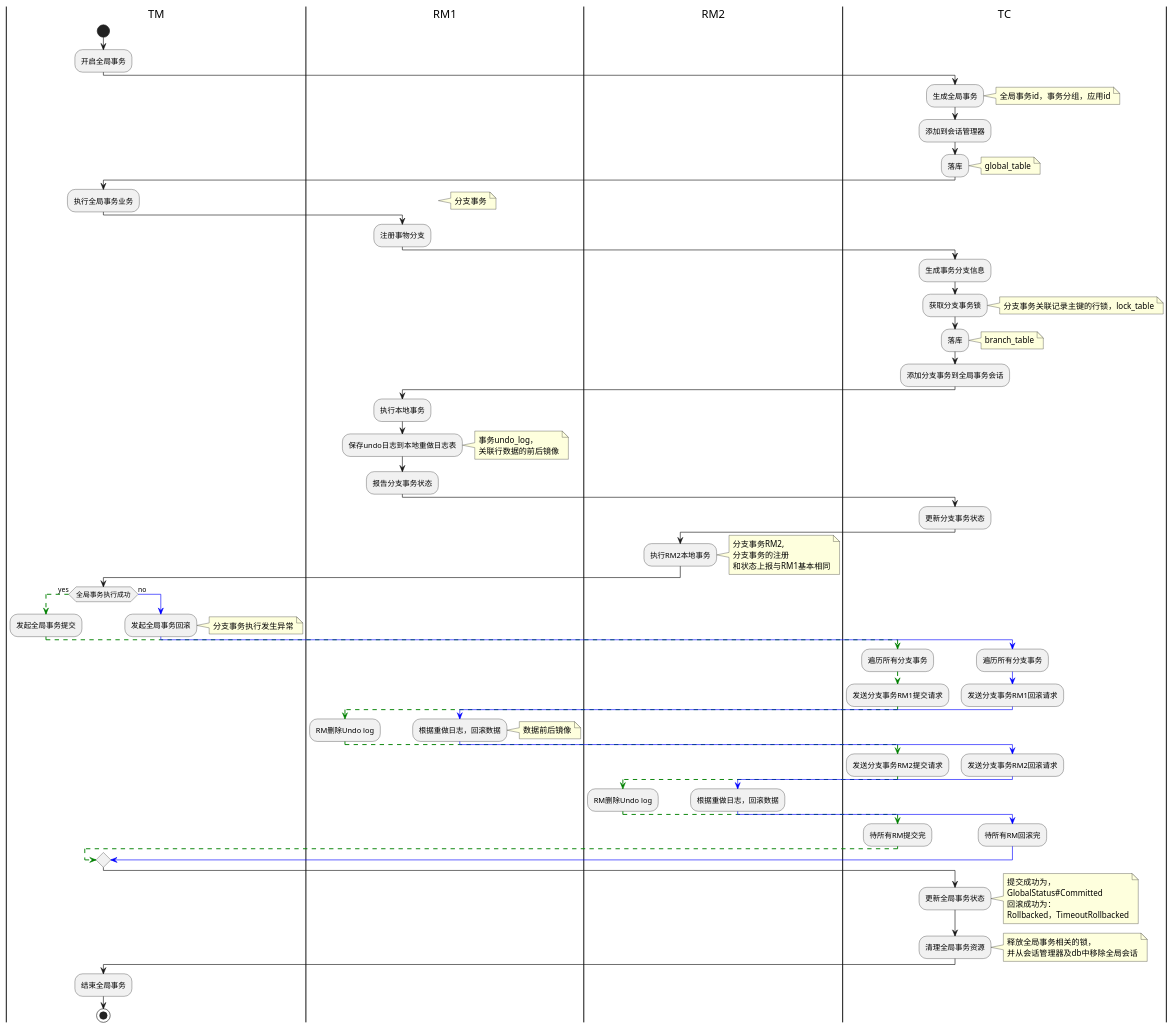
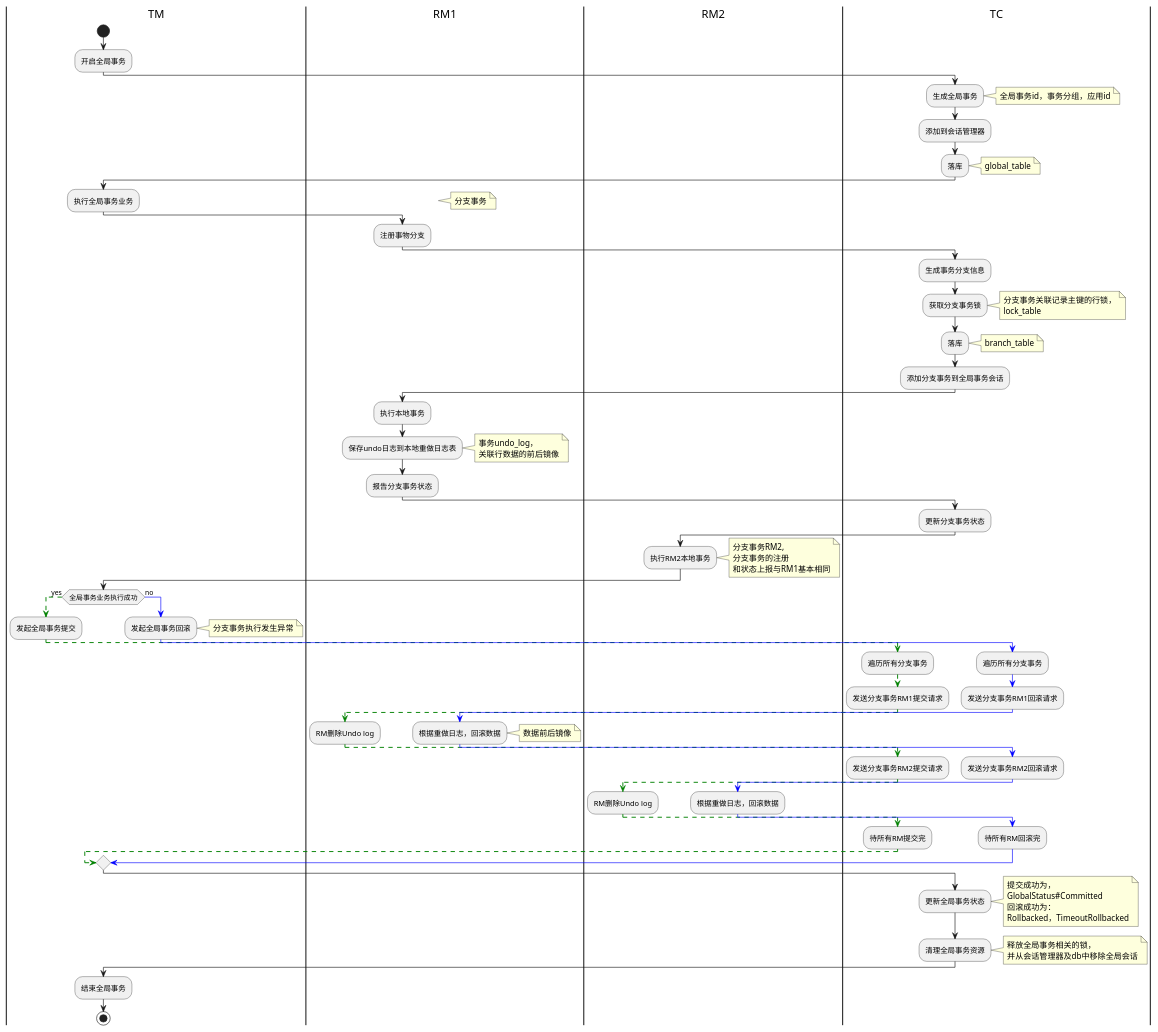
Before and after one commit to Donaldhan/seata: the diagram in framwork-design/uml/seata-at-commit.puml, drawn with PlantUML.

Commit message:
添加全局事务业务

```diff
--- a/framwork-design/uml/seata-at-commit.puml
+++ b/framwork-design/uml/seata-at-commit.puml
@@ -1,125 +1,126 @@
 @startuml
 |TM|
 start
 :开启全局事务;
 |RM1|
 |RM2|
 |TC|
 :生成全局事务;
 note right
 全局事务id，事务分组，应用id
 end note
 :添加到会话管理器;
 :落库;
 note right
 global_table
 end note
 |TM|
 :执行全局事务业务;
 |RM1|
 note right
 分支事务
 end note
 :注册事物分支;
 |TC|
 :生成事务分支信息;
 :获取分支事务锁;
 note right
-分支事务关联记录主键的行锁，lock_table
+分支事务关联记录主键的行锁，
+lock_table
 end note
 :落库;
 note right
 branch_table
 end note
 :添加分支事务到全局事务会话;
 |RM1|
 :执行本地事务;
 :保存undo日志到本地重做日志表;
 note right
 事务undo_log，
 关联行数据的前后镜像
 end note
 :报告分支事务状态;
 |TC|
 :更新分支事务状态;
 |RM2|
 :执行RM2本地事务;
 note right
 分支事务RM2,
 分支事务的注册
 和状态上报与RM1基本相同
 end note
 
 |TM|
-if (全局事务执行成功) then (yes)
+if (全局事务业务执行成功) then (yes)
 -[#green,dashed]->
 :发起全局事务提交;
 |TC|
 -[#green,dashed]->
 :遍历所有分支事务;
 -[#green,dashed]->
 :发送分支事务RM1提交请求;
 -[#green,dashed]->
 |RM1|
 -[#green,dashed]->
 :RM删除Undo log;
 |TC|
 -[#green,dashed]->
 :发送分支事务RM2提交请求;
 |RM2|
 -[#green,dashed]->
 :RM删除Undo log;
 |TC|
 -[#green,dashed]->
 :待所有RM提交完;
 -[#green,dashed]->
 else (no)
 -[#blue]->
 |TM|
 -[#blue]->
 :发起全局事务回滚;
 note right
 分支事务执行发生异常
 end note
 |TC|
 -[#blue]->
 :遍历所有分支事务;
 -[#blue]->
 :发送分支事务RM1回滚请求;
 -[#blue]->
 |RM1|
 -[#blue]->
 :根据重做日志，回滚数据;
 note right
 数据前后镜像
 end note
 -[#blue]->
 |TC|
 -[#blue]->
 :发送分支事务RM2回滚请求;
 -[#blue]->
 |RM2|
 -[#blue]->
 :根据重做日志，回滚数据;
 -[#blue]->
 |TC|
 -[#blue]->
 :待所有RM回滚完;
 -[#blue]->
 endif
 :更新全局事务状态;
 note right
 提交成功为，
 GlobalStatus#Committed
 回滚成功为：
 Rollbacked，TimeoutRollbacked
 end note
 :清理全局事务资源;
 note right
 释放全局事务相关的锁，
 并从会话管理器及db中移除全局会话
 end note
 |TM|
 :结束全局事务;
 stop
 @enduml
```
